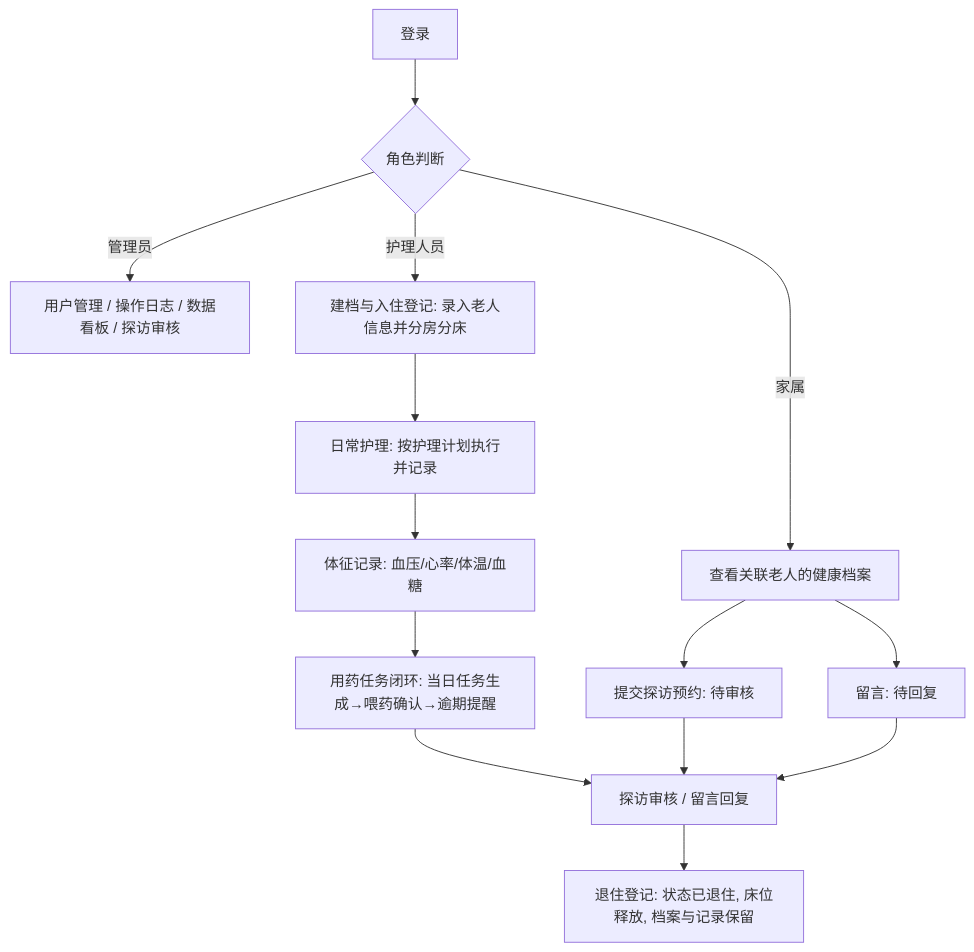
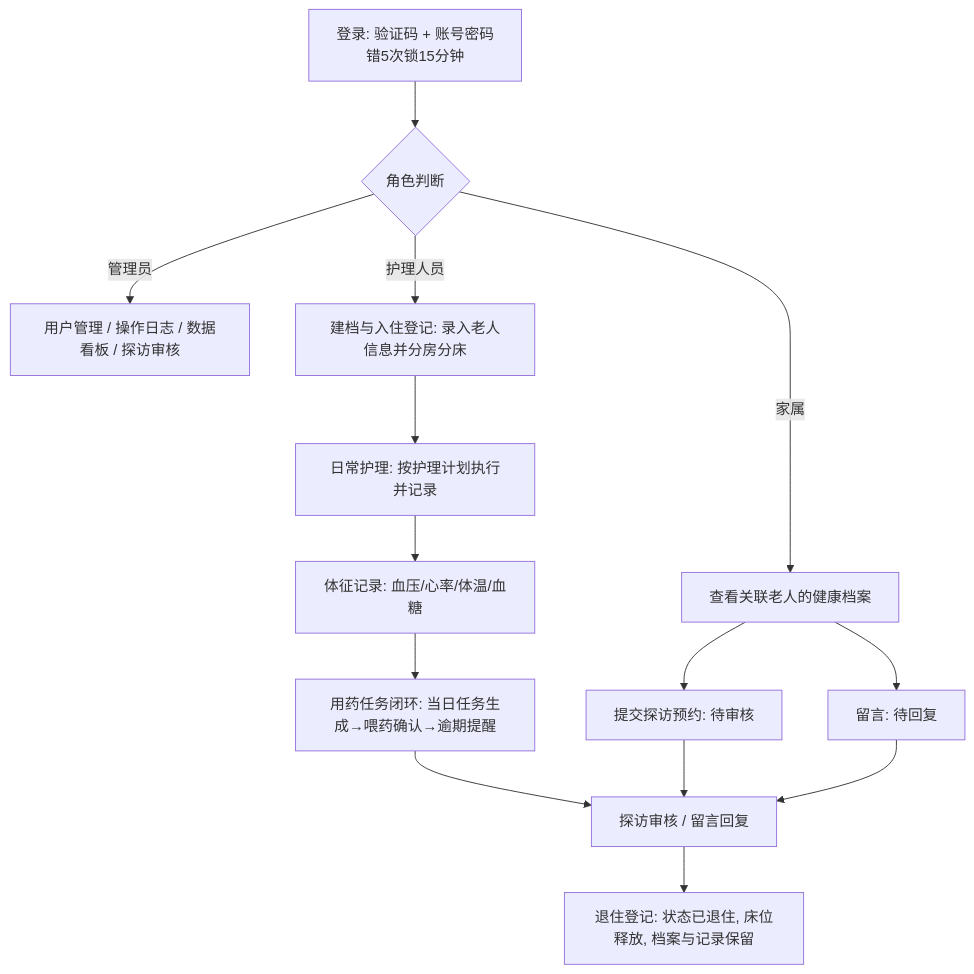
One commit to xux23/YangLao changed the second of 4 diagrams in 需求/需求分析文档.md. Above: the diagram before and after it, drawn with Mermaid. The commit also changed other lines of this file and 20 other files, not shown here.

Commit message:
接入 Redis 登录安全：图形验证码、登录失败锁定、登出令牌黑名单（同步需求/设计/API/README/阅读指南文档）

````diff
--- a/需求/需求分析文档.md
+++ b/需求/需求分析文档.md
@@ -263,18 +270,18 @@
 ```mermaid
 graph TB
-    L[登录] --> R{角色判断}
+    L[登录: 验证码 + 账号密码<br/>错5次锁15分钟] --> R{角色判断}
     R -->|管理员| AD[用户管理 / 操作日志 / 数据看板 / 探访审核]
     R -->|护理人员| AR[建档与入住登记: 录入老人信息并分房分床]
     R -->|家属| FA[查看关联老人的健康档案]
 
     AR --> CA[日常护理: 按护理计划执行并记录]
     CA --> HE[体征记录: 血压/心率/体温/血糖]
     HE --> ME[用药任务闭环: 当日任务生成→喂药确认→逾期提醒]
     ME --> AU[探访审核 / 留言回复]
     AU --> OUT[退住登记: 状态已退住, 床位释放, 档案与记录保留]
 
     FA --> V[提交探访预约: 待审核]
     V --> AU
     FA --> MES[留言: 待回复]
     MES --> AU
 ```
````
